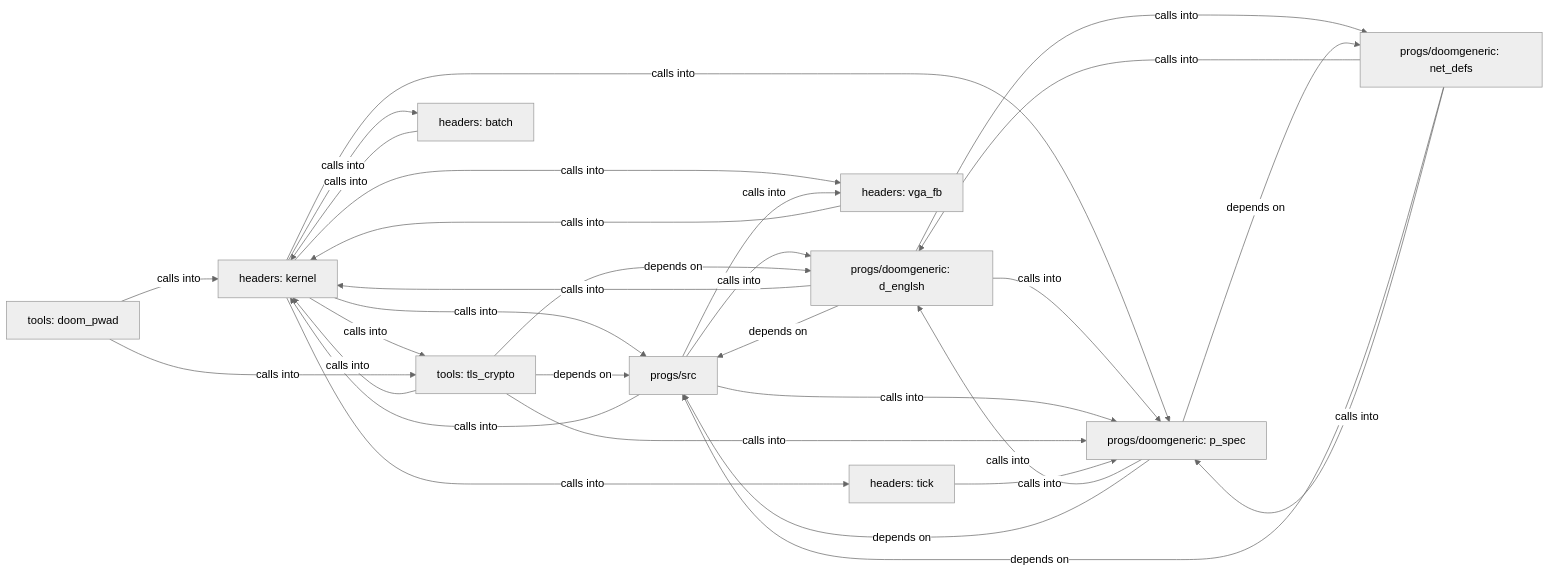
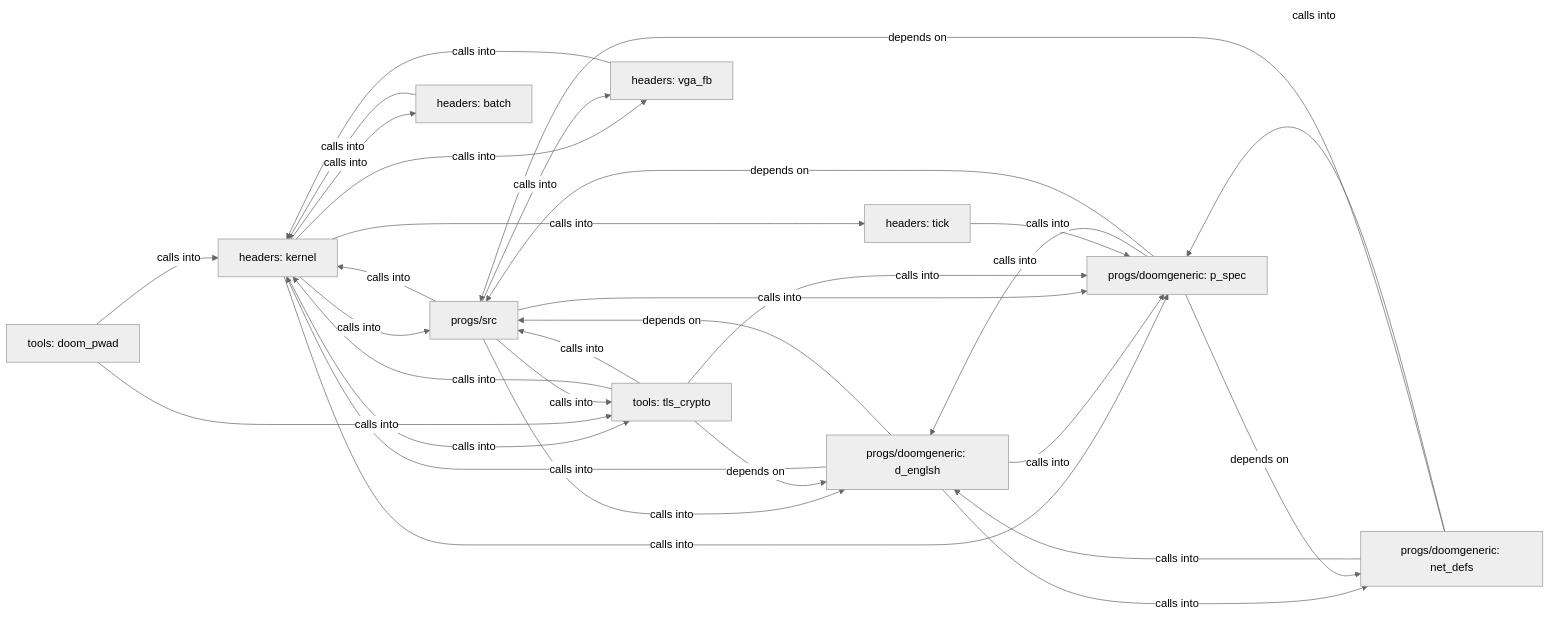
The diagram in readmenator-diagrams/overview.md (grisuno/miniOS), drawn with Mermaid (neutral theme) before and after one commit. The commit also changed other lines of this file and 249 other files, not shown here.

````diff
--- a/readmenator-diagrams/overview.md
+++ b/readmenator-diagrams/overview.md
@@ -1,46 +1,47 @@
 ```mermaid
 graph LR
     headers_kernel["headers: kernel"]
     progs_doomgeneric_d_englsh["progs/doomgeneric: d_englsh"]
     progs_src["progs/src"]
     progs_doomgeneric_p_spec["progs/doomgeneric: p_spec"]
     tools_tls_crypto["tools: tls_crypto"]
     headers_vga_fb["headers: vga_fb"]
     progs_doomgeneric_net_defs["progs/doomgeneric: net_defs"]
     headers_batch["headers: batch"]
     headers_tick["headers: tick"]
     tools_doom_pwad["tools: doom_pwad"]
     headers_kernel -- "calls into" --> progs_src
     headers_kernel -- "calls into" --> progs_doomgeneric_p_spec
     headers_kernel -- "calls into" --> tools_tls_crypto
     headers_kernel -- "calls into" --> headers_vga_fb
     headers_kernel -- "calls into" --> headers_batch
     headers_kernel -- "calls into" --> headers_tick
     tools_doom_pwad -- "calls into" --> headers_kernel
     tools_doom_pwad -- "calls into" --> tools_tls_crypto
     progs_doomgeneric_d_englsh -- "calls into" --> headers_kernel
     progs_doomgeneric_d_englsh -- "depends on" --> progs_src
     progs_doomgeneric_d_englsh -- "calls into" --> progs_doomgeneric_p_spec
     progs_doomgeneric_d_englsh -- "calls into" --> progs_doomgeneric_net_defs
     progs_src -- "calls into" --> headers_kernel
     progs_src -- "calls into" --> progs_doomgeneric_d_englsh
     progs_src -- "calls into" --> progs_doomgeneric_p_spec
+    progs_src -- "calls into" --> tools_tls_crypto
     progs_src -- "calls into" --> headers_vga_fb
     progs_doomgeneric_p_spec -- "calls into" --> progs_doomgeneric_d_englsh
     progs_doomgeneric_p_spec -- "depends on" --> progs_src
     progs_doomgeneric_p_spec -- "depends on" --> progs_doomgeneric_net_defs
     tools_tls_crypto -- "calls into" --> headers_kernel
     tools_tls_crypto -- "depends on" --> progs_doomgeneric_d_englsh
-    tools_tls_crypto -- "depends on" --> progs_src
+    tools_tls_crypto -- "calls into" --> progs_src
     tools_tls_crypto -- "calls into" --> progs_doomgeneric_p_spec
     headers_vga_fb -- "calls into" --> headers_kernel
     progs_doomgeneric_net_defs -- "calls into" --> progs_doomgeneric_d_englsh
     progs_doomgeneric_net_defs -- "depends on" --> progs_src
     progs_doomgeneric_net_defs -- "calls into" --> progs_doomgeneric_p_spec
     headers_batch -- "calls into" --> headers_kernel
     headers_tick -- "calls into" --> progs_doomgeneric_p_spec
     click headers_kernel href "./headers_kernel.md" "Details"
     click progs_src href "./progs_src.md" "Details"
     click tools_tls_crypto href "./tools_tls_crypto.md" "Details"
     click headers_vga_fb href "./headers_vga_fb.md" "Details"
 ```
````
